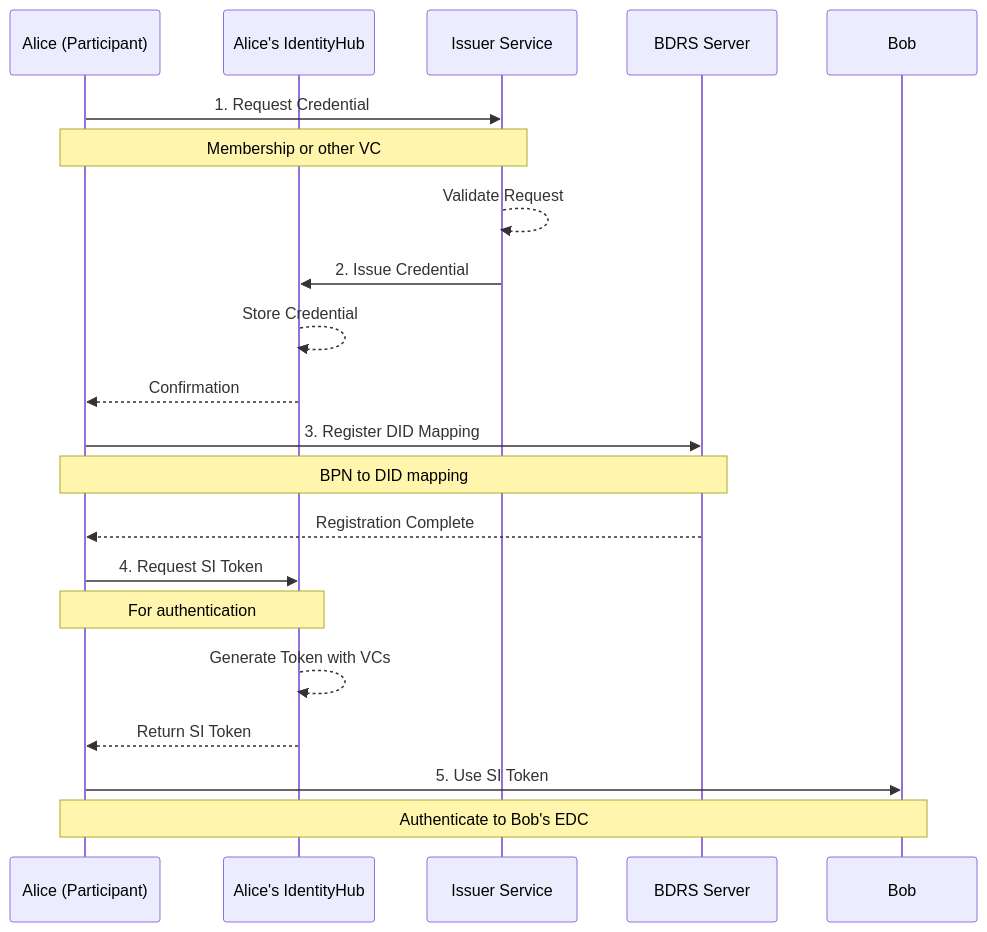
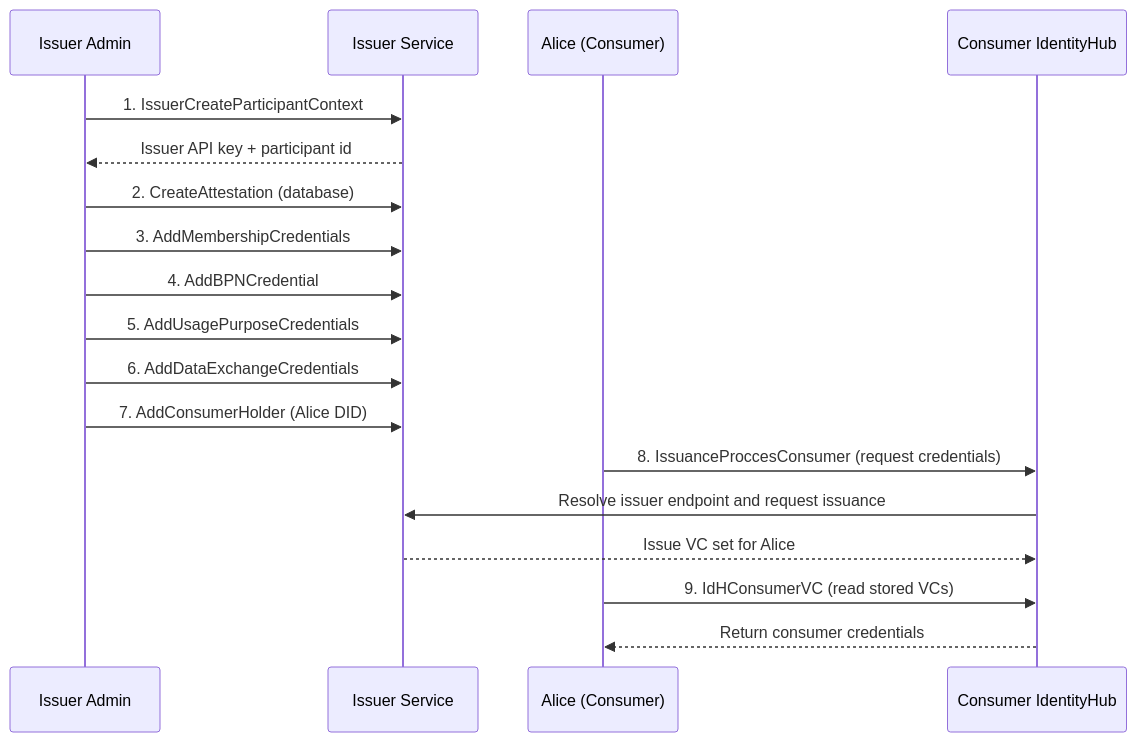
Before and after one commit to eclipse-tractusx/tractus-x-umbrella: the first of 2 diagrams in docs/user/common/guides/data-exchange/issuance.md, drawn with Mermaid. The commit also changed other lines of this file and 1 other file, not shown here.

````diff
--- a/docs/user/common/guides/data-exchange/issuance.md
+++ b/docs/user/common/guides/data-exchange/issuance.md
@@ -12,26 +15,23 @@
 ```mermaid
 sequenceDiagram
-    participant Alice as Alice (Participant)
-    participant IH as Alice's IdentityHub
+    participant Admin as Issuer Admin
     participant Issuer as Issuer Service
-    participant BDRS as BDRS Server
+    participant Alice as Alice (Consumer)
+    participant CIH as Consumer IdentityHub
 
-    Alice->>Issuer: 1. Request Credential
-    Note over Alice,Issuer: Membership or other VC
-    Issuer-->>Issuer: Validate Request
-    Issuer->>IH: 2. Issue Credential
-    IH-->>IH: Store Credential
-    IH-->>Alice: Confirmation
-    
-    Alice->>BDRS: 3. Register DID Mapping
-    Note over Alice,BDRS: BPN to DID mapping
-    BDRS-->>Alice: Registration Complete
-    
-    Alice->>IH: 4. Request SI Token
-    Note over Alice,IH: For authentication
-    IH-->>IH: Generate Token with VCs
-    IH-->>Alice: Return SI Token
-    
-    Alice->>Bob: 5. Use SI Token
-    Note over Alice,Bob: Authenticate to Bob's EDC
+    Admin->>Issuer: 1. IssuerCreateParticipantContext
+    Issuer-->>Admin: Issuer API key + participant id
+    Admin->>Issuer: 2. CreateAttestation (database)
+    Admin->>Issuer: 3. AddMembershipCredentials
+    Admin->>Issuer: 4. AddBPNCredential
+    Admin->>Issuer: 5. AddUsagePurposeCredentials
+    Admin->>Issuer: 6. AddDataExchangeCredentials
+    Admin->>Issuer: 7. AddConsumerHolder (Alice DID)
+
+    Alice->>CIH: 8. IssuanceProccesConsumer (request credentials)
+    CIH->>Issuer: Resolve issuer endpoint and request issuance
+    Issuer-->>CIH: Issue VC set for Alice
+
+    Alice->>CIH: 9. IdHConsumerVC (read stored VCs)
+    CIH-->>Alice: Return consumer credentials
 ```
````
